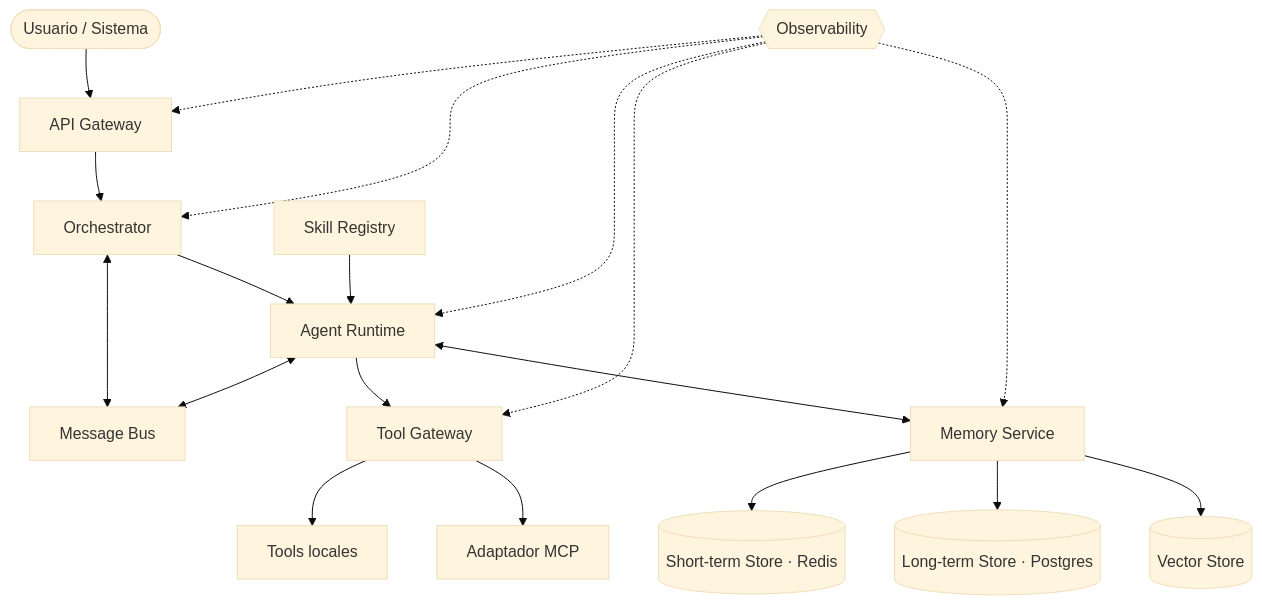
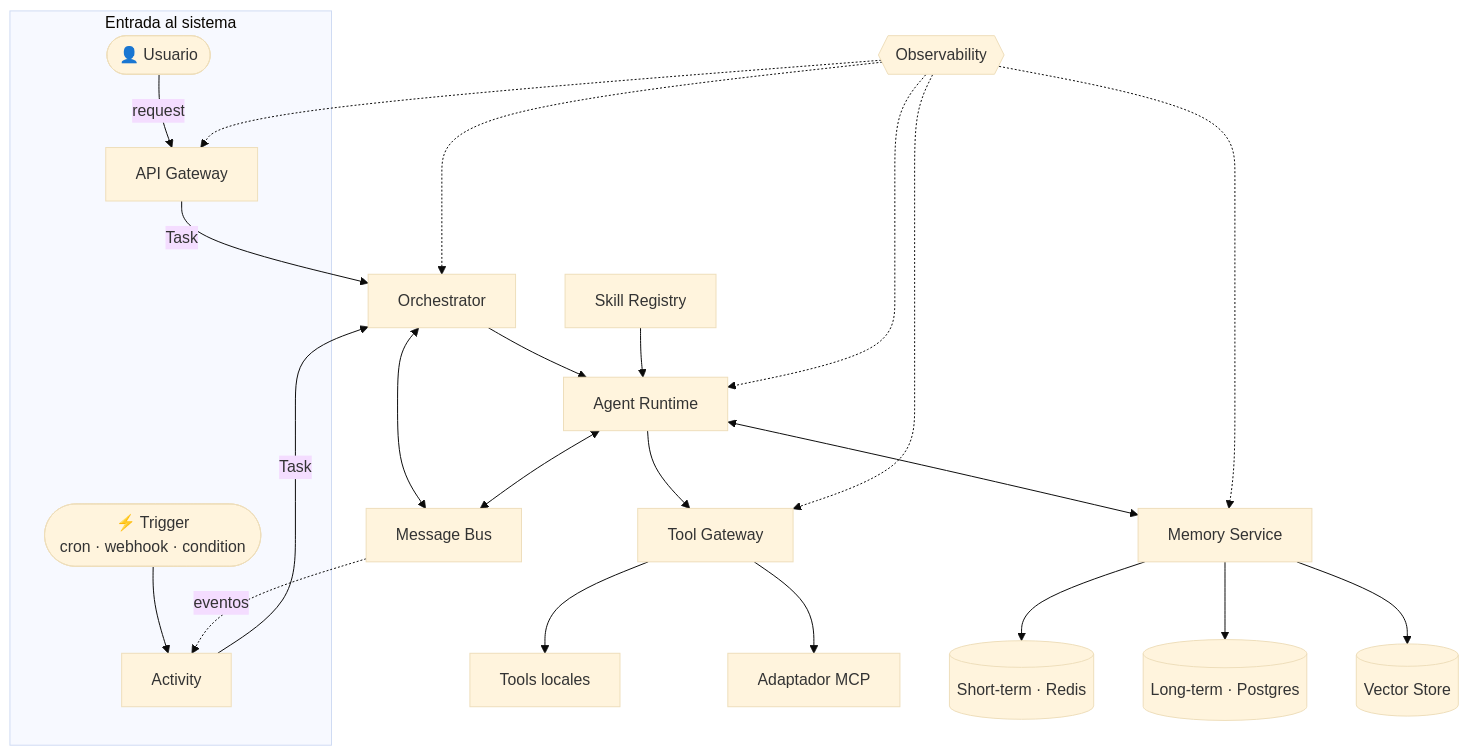
The first of 3 diagrams in arquitectura.md (ahiguerat/openAgents), drawn with Mermaid (base theme) before and after one commit. The commit also changed other lines of this file, not shown here.

First line of the commit message:
docs(architecture): expand glossary and update component diagram

````diff
--- a/arquitectura.md
+++ b/arquitectura.md
@@ -123,21 +180,31 @@
 ```mermaid
 graph TB
-    U([Usuario / Sistema]) --> GW[API Gateway]
-    GW --> ORC[Orchestrator]
+    subgraph Entrada[" Entrada al sistema "]
+        U([👤 Usuario]) -->|request| GW[API Gateway]
+        TRIG([⚡ Trigger\ncron · webhook · condition]) --> ACT[Activity]
+    end
+
+    GW -->|Task| ORC[Orchestrator]
+    ACT -->|Task| ORC
+    MB -.->|eventos| ACT
+
+    ORC <--> MB[Message Bus]
     ORC --> RT[Agent Runtime]
-    ORC <--> MB[Message Bus]
     RT <--> MB
     RT --> TG[Tool Gateway]
     RT <--> MS[Memory Service]
     SR[Skill Registry] --> RT
+
     TG --> LOCAL[Tools locales]
     TG --> MCP[Adaptador MCP]
-    MS --> REDIS[(Short-term Store · Redis)]
-    MS --> PG[(Long-term Store · Postgres)]
+
+    MS --> REDIS[(Short-term · Redis)]
+    MS --> PG[(Long-term · Postgres)]
     MS --> VEC[(Vector Store)]
+
     OBS{{Observability}} -.-> GW
     OBS -.-> ORC
     OBS -.-> RT
     OBS -.-> TG
     OBS -.-> MS
 ```
````
